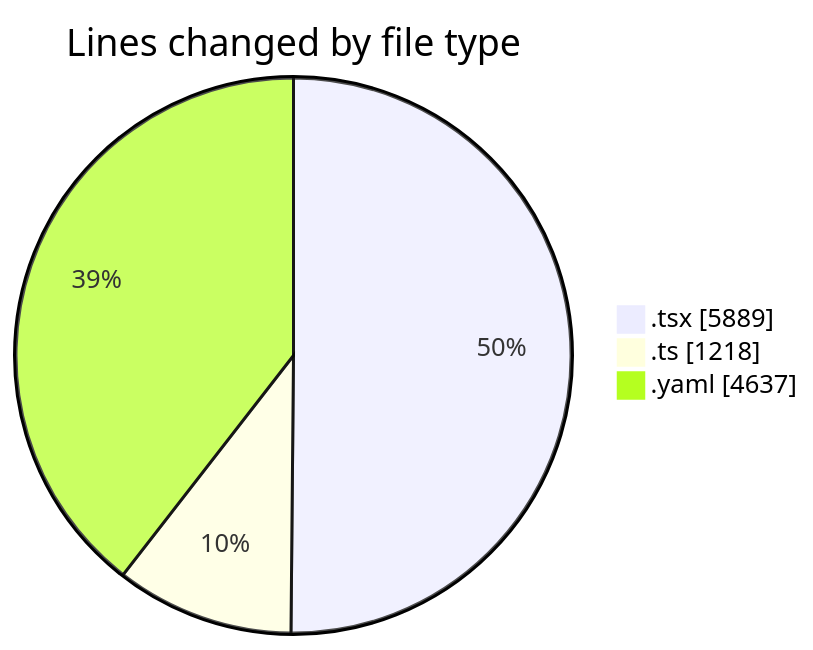
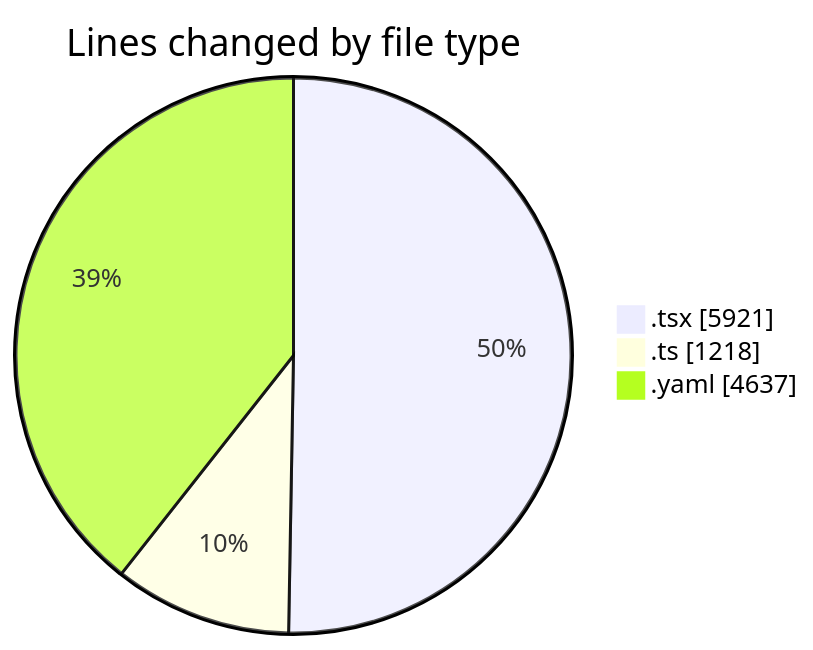
Before and after one commit to julien-gomy/code-tracking: the first of 2 diagrams in 2025-10-13/eventscop-frontend-guide__workspace_/README.md, drawn with Mermaid. The commit also changed other lines of this file and 1 other file, not shown here.

````diff
--- a/2025-10-13/eventscop-frontend-guide__workspace_/README.md
+++ b/2025-10-13/eventscop-frontend-guide__workspace_/README.md
@@ -52,7 +52,7 @@
 ```mermaid
 pie showData
 title Lines changed by file type
-".tsx" : 5889
+".tsx" : 5921
 ".ts" : 1218
 ".yaml" : 4637
 ```
````
